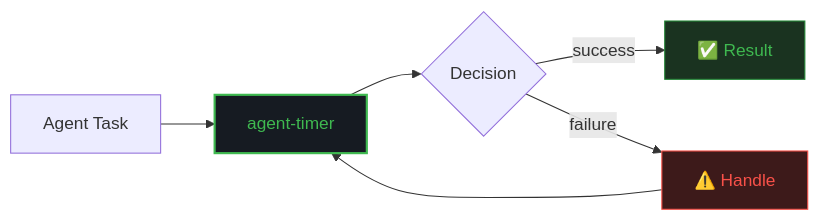
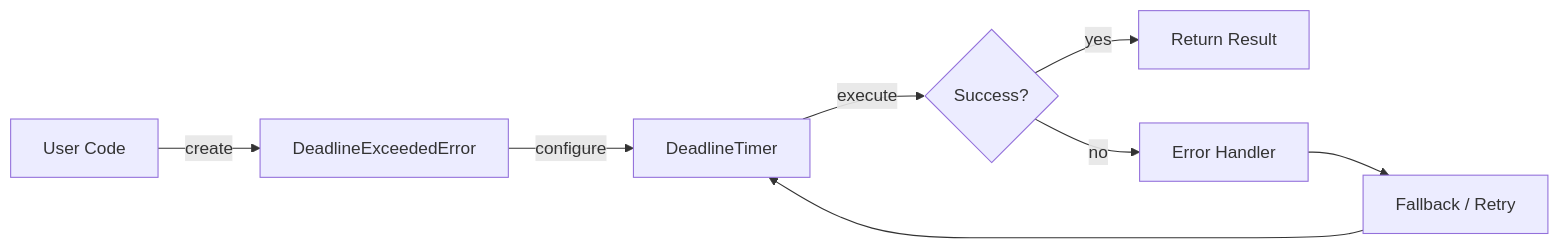
The first of 2 diagrams in README.md (darshjme/agent-timer), drawn with Mermaid before and after one commit. The commit also changed other lines of this file and 1 other file, not shown here.

````diff
--- a/README.md
+++ b/README.md
@@ -59,12 +83,10 @@
 ```mermaid
 flowchart LR
-    A[Agent Task] --> B[agent-timer]
-    B --> C{Decision}
-    C -->|success| D[✅ Result]
-    C -->|failure| E[⚠️ Handle]
-    E --> B
-
-    style B fill:#161b22,stroke:#3fb950,stroke-width:2,color:#3fb950
-    style D fill:#1a3320,stroke:#238636,color:#3fb950
-    style E fill:#3d1a1a,stroke:#f85149,color:#f85149
+    A[User Code] -->|create| B[DeadlineExceededError]
+    B -->|configure| C[DeadlineTimer]
+    C -->|execute| D{Success?}
+    D -->|yes| E[Return Result]
+    D -->|no| F[Error Handler]
+    F --> G[Fallback / Retry]
+    G --> C
 ```
````
